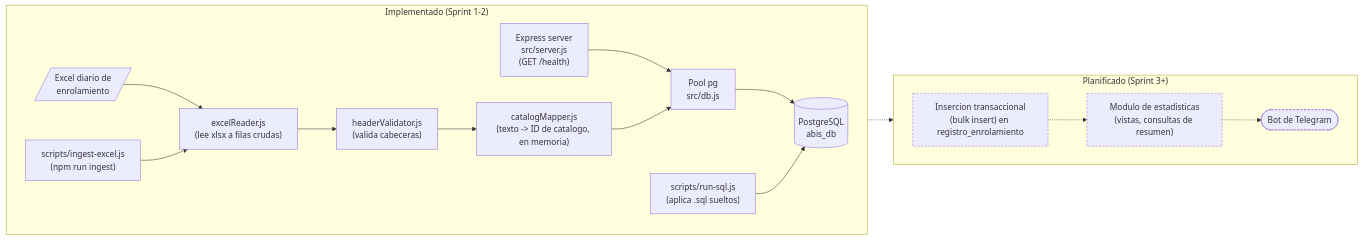
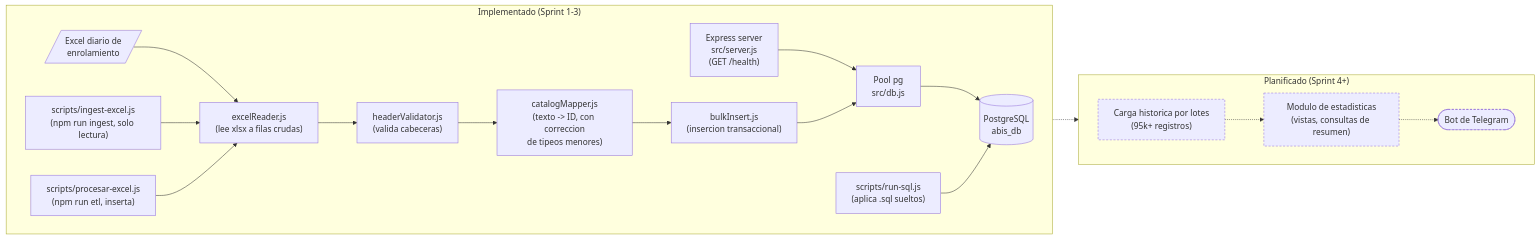
The diagram in docs/diagramas/arquitectura.md (NicolasPonceH/Abis-Analisis), drawn with Mermaid before and after one commit. The commit also changed other lines of this file and 14 other files, not shown here.

Commit message:
Sprint 3: correccion de tipeos en el mapeo y insercion transaccional (bulk insert) en registro_enrolamiento

````diff
--- a/docs/diagramas/arquitectura.md
+++ b/docs/diagramas/arquitectura.md
@@ -6,33 +6,36 @@
 ```mermaid
 flowchart LR
-    subgraph impl["Implementado (Sprint 1-2)"]
+    subgraph impl["Implementado (Sprint 1-3)"]
         direction LR
         API["Express server<br/>src/server.js<br/>(GET /health)"]
         POOL["Pool pg<br/>src/db.js"]
         DB[("PostgreSQL<br/>abis_db")]
         RUNSQL["scripts/run-sql.js<br/>(aplica .sql sueltos)"]
         EXCEL[/"Excel diario de<br/>enrolamiento"/]
         READER["excelReader.js<br/>(lee xlsx a filas crudas)"]
         VALID["headerValidator.js<br/>(valida cabeceras)"]
-        MAP["catalogMapper.js<br/>(texto -> ID de catalogo, en memoria)"]
-        CLI["scripts/ingest-excel.js<br/>(npm run ingest)"]
+        MAP["catalogMapper.js<br/>(texto -> ID, con correccion<br/>de tipeos menores)"]
+        BULKINSERT["bulkInsert.js<br/>(insercion transaccional)"]
+        CLI["scripts/ingest-excel.js<br/>(npm run ingest, solo lectura)"]
+        CLIETL["scripts/procesar-excel.js<br/>(npm run etl, inserta)"]
 
         API --> POOL --> DB
         RUNSQL --> DB
         EXCEL --> READER --> VALID --> MAP
-        MAP --> POOL
+        MAP --> BULKINSERT --> POOL
         CLI --> READER
+        CLIETL --> READER
     end
 
-    subgraph plan["Planificado (Sprint 3+)"]
+    subgraph plan["Planificado (Sprint 4+)"]
         direction LR
-        BULKINSERT["Insercion transaccional<br/>(bulk insert) en registro_enrolamiento"]
+        HIST["Carga historica por lotes<br/>(95k+ registros)"]
         STATS["Modulo de estadisticas<br/>(vistas, consultas de resumen)"]
         TG(["Bot de Telegram"])
     end
 
-    MAP -.-> BULKINSERT -.-> STATS -.-> TG
+    BULKINSERT -.-> HIST -.-> STATS -.-> TG
 
     classDef planned stroke-dasharray: 4 3
-    class BULKINSERT,STATS,TG planned
+    class HIST,STATS,TG planned
 ```
````
